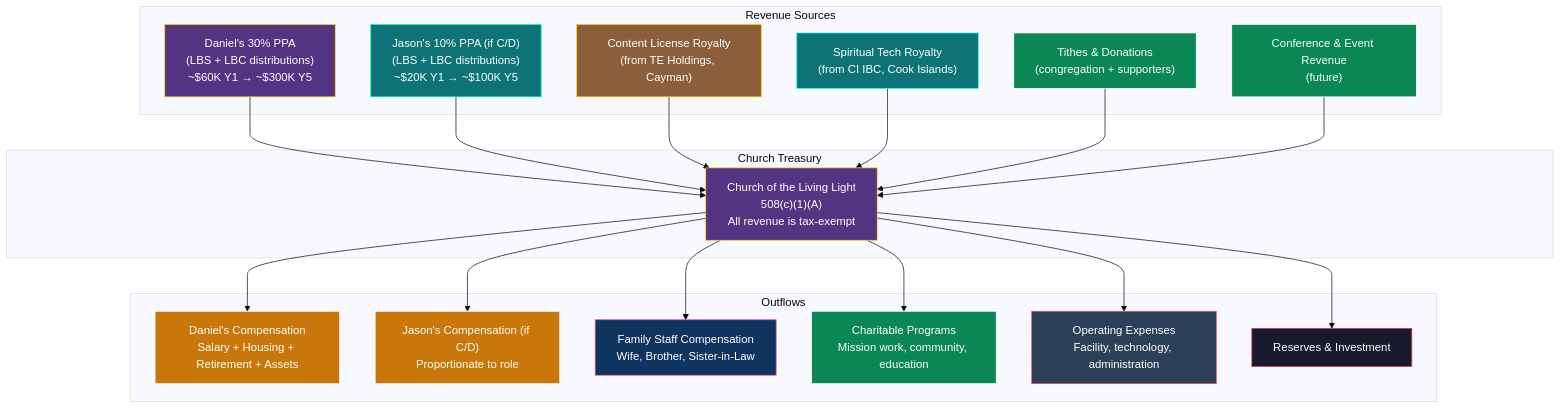
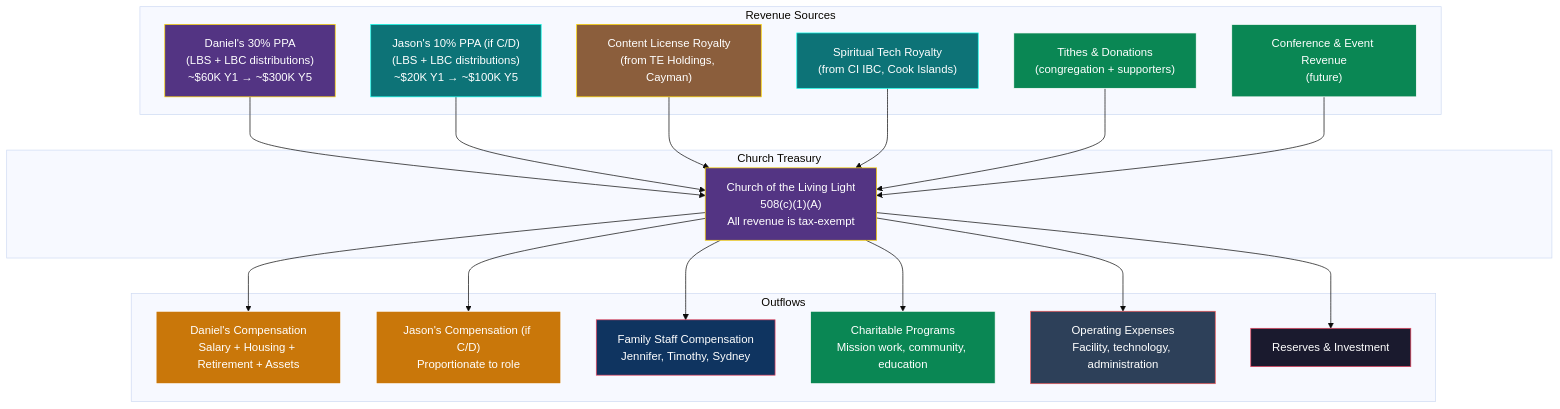
Before and after one commit to Light-Brands/epic-center: the second of 3 diagrams in docs/tax-structure/11-CHURCH-GOVERNANCE-STRUCTURE.md, drawn with Mermaid (base theme). The commit also changed other lines of this file, not shown here.

````diff
--- a/docs/tax-structure/11-CHURCH-GOVERNANCE-STRUCTURE.md
+++ b/docs/tax-structure/11-CHURCH-GOVERNANCE-STRUCTURE.md
@@ -340,52 +348,52 @@
 ```mermaid
 graph TB
     subgraph "Revenue Sources"
         PPA_D["Daniel's 30% PPA<br/>(LBS + LBC distributions)<br/>~$60K Y1 → ~$300K Y5"]
         PPA_J["Jason's 10% PPA (if C/D)<br/>(LBS + LBC distributions)<br/>~$20K Y1 → ~$100K Y5"]
         ROY1["Content License Royalty<br/>(from TE Holdings, Cayman)"]
         ROY2["Spiritual Tech Royalty<br/>(from CI IBC, Cook Islands)"]
         TITHE["Tithes & Donations<br/>(congregation + supporters)"]
         EVENTS["Conference & Event Revenue<br/>(future)"]
     end
 
     subgraph "Church Treasury"
         CHURCH["Church of the Living Light<br/>508(c)(1)(A)<br/>All revenue is tax-exempt"]
     end
 
     subgraph "Outflows"
         COMP_D["Daniel's Compensation<br/>Salary + Housing + Retirement + Assets"]
         COMP_J["Jason's Compensation (if C/D)<br/>Proportionate to role"]
-        COMP_F["Family Staff Compensation<br/>Wife, Brother, Sister-in-Law"]
+        COMP_F["Family Staff Compensation<br/>Jennifer, Timothy, Sydney"]
         CHARITY["Charitable Programs<br/>Mission work, community, education"]
         OPS["Operating Expenses<br/>Facility, technology, administration"]
         RESERVE["Reserves & Investment"]
     end
 
     PPA_D --> CHURCH
     PPA_J --> CHURCH
     ROY1 --> CHURCH
     ROY2 --> CHURCH
     TITHE --> CHURCH
     EVENTS --> CHURCH
 
     CHURCH --> COMP_D
     CHURCH --> COMP_J
     CHURCH --> COMP_F
     CHURCH --> CHARITY
     CHURCH --> OPS
     CHURCH --> RESERVE
 
     style PPA_D fill:#533483,stroke:#ffd700,color:#fff
     style PPA_J fill:#0d7377,stroke:#14ffec,color:#fff
     style ROY1 fill:#8b5e3c,stroke:#ffd700,color:#fff
     style ROY2 fill:#0d7377,stroke:#14ffec,color:#fff
     style TITHE fill:#0a8754,stroke:#fff,color:#fff
     style EVENTS fill:#0a8754,stroke:#fff,color:#fff
     style CHURCH fill:#533483,stroke:#ffd700,color:#fff
     style COMP_D fill:#c9770a,stroke:#fff,color:#fff
     style COMP_J fill:#c9770a,stroke:#fff,color:#fff
     style COMP_F fill:#0f3460,stroke:#e94560,color:#fff
     style CHARITY fill:#0a8754,stroke:#fff,color:#fff
     style OPS fill:#2d4059,stroke:#ea5455,color:#fff
     style RESERVE fill:#1a1a2e,stroke:#e94560,color:#fff
 ```
````
